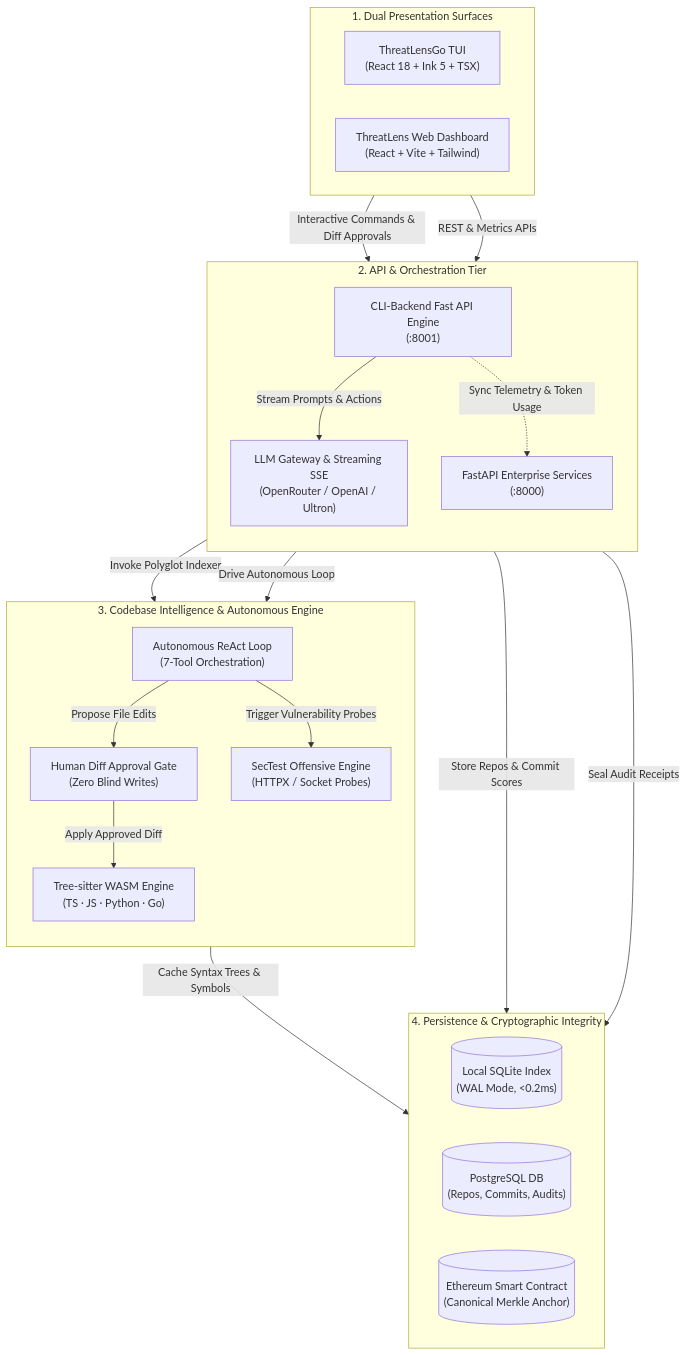
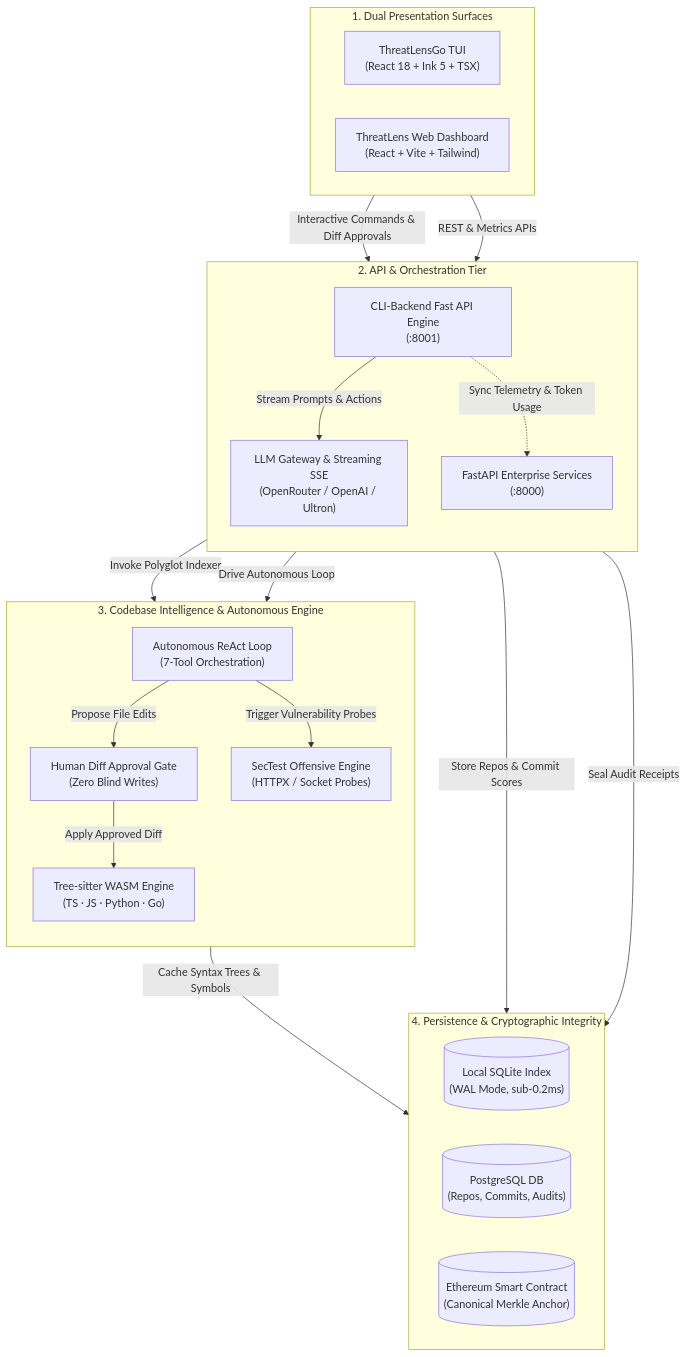
Before and after one commit to dev47929/ThreatLens: the first of 3 diagrams in README.md, drawn with Mermaid. The commit also changed other lines of this file, not shown here.

Commit message:
docs: sanitize Mermaid diagrams in README to fix GitHub parsing error

````diff
--- a/README.md
+++ b/README.md
@@ -135,44 +135,44 @@
 ```mermaid
 flowchart TB
     subgraph PRESENTATION_LAYER["1. Dual Presentation Surfaces"]
         direction LR
         TUI["ThreatLensGo TUI<br/>(React 18 + Ink 5 + TSX)"]
         WEB["ThreatLens Web Dashboard<br/>(React + Vite + Tailwind)"]
     end
 
     subgraph API_ORCHESTRATION["2. API & Orchestration Tier"]
         direction TB
         GATEWAY["CLI-Backend Fast API Engine<br/>(:8001)"]
         CORE_BACKEND["FastAPI Enterprise Services<br/>(:8000)"]
         LLM_GW["LLM Gateway & Streaming SSE<br/>(OpenRouter / OpenAI / Ultron)"]
     end
 
     subgraph INTELLIGENCE_CORE["3. Codebase Intelligence & Autonomous Engine"]
         direction TB
         AST_ENGINE["Tree-sitter WASM Engine<br/>(TS · JS · Python · Go)"]
         REACT_AGENT["Autonomous ReAct Loop<br/>(7-Tool Orchestration)"]
         DIFF_GATE["Human Diff Approval Gate<br/>(Zero Blind Writes)"]
         SECTEST_PROBER["SecTest Offensive Engine<br/>(HTTPX / Socket Probes)"]
     end
 
     subgraph STORAGE_INTEGRITY["4. Persistence & Cryptographic Integrity"]
         direction LR
-        SQLITE_WAL[("Local SQLite Index<br/>(WAL Mode, <0.2ms)")]
+        SQLITE_WAL[("Local SQLite Index<br/>(WAL Mode, sub-0.2ms)")]
         POSTGRES_DB[("PostgreSQL DB<br/>(Repos, Commits, Audits)")]
         BLOCKCHAIN_ANCHOR[("Ethereum Smart Contract<br/>(Canonical Merkle Anchor)")]
     end
 
     %% Wiring
     TUI -->|Interactive Commands & Diff Approvals| GATEWAY
     WEB -->|REST & Metrics APIs| CORE_BACKEND
     GATEWAY -->|Stream Prompts & Actions| LLM_GW
     GATEWAY -->|Invoke Polyglot Indexer| AST_ENGINE
     AST_ENGINE -->|Cache Syntax Trees & Symbols| SQLITE_WAL
     GATEWAY -->|Drive Autonomous Loop| REACT_AGENT
     REACT_AGENT -->|Propose File Edits| DIFF_GATE
     REACT_AGENT -->|Trigger Vulnerability Probes| SECTEST_PROBER
     DIFF_GATE -->|Apply Approved Diff| AST_ENGINE
     CORE_BACKEND -->|Store Repos & Commit Scores| POSTGRES_DB
     CORE_BACKEND -->|Seal Audit Receipts| BLOCKCHAIN_ANCHOR
     GATEWAY -.->|Sync Telemetry & Token Usage| CORE_BACKEND
 ```
````
